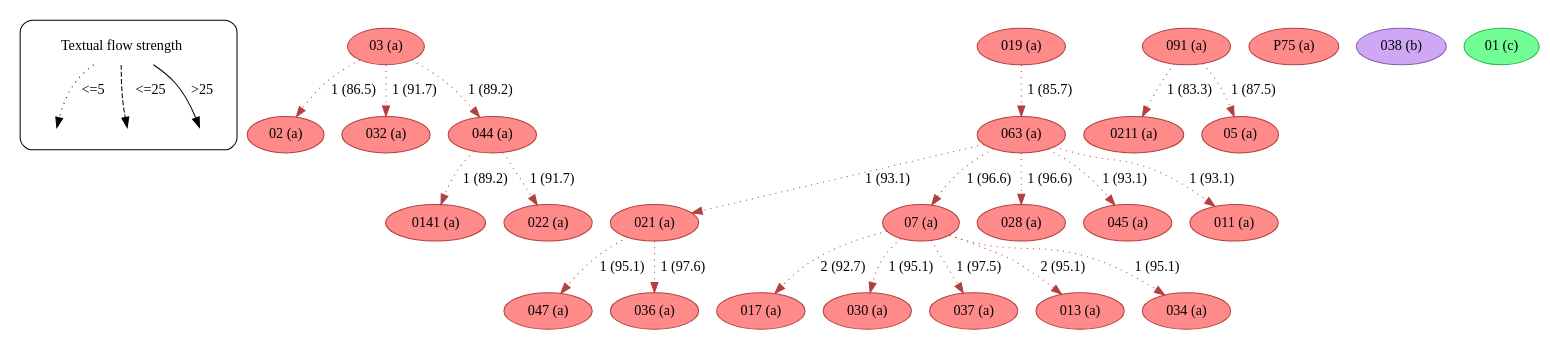
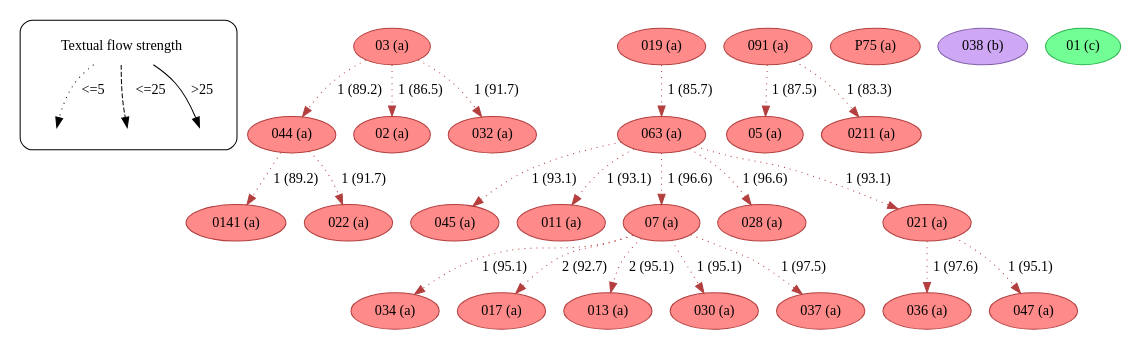
One commit to edmondac/CBGM changed the diagram in example/c2/textual_flow_22_88_c2.dot. Above: the diagram before and after it, drawn with Graphviz. The commit also changed other lines of this file and 168 other files, not shown here.

```diff
--- a/example/c2/textual_flow_22_88_c2.dot
+++ b/example/c2/textual_flow_22_88_c2.dot
@@ -1,190 +1,190 @@
 strict digraph  {
 	node [label="\N"];
 	subgraph cluster_legend {
 		graph [style=rounded];
 		leg_s		 [label="Textual flow strength",
 			shape=plaintext];
 		leg_e1		 [fixedsize=True,
 			height=0.2,
 			label="",
 			style=invis];
 		leg_s -> leg_e1		 [label="<=5  ",
 			style=dotted];
 		leg_e2		 [fixedsize=True,
 			height=0.2,
 			label="",
 			style=invis];
 		leg_s -> leg_e2		 [label="  <=25",
 			style=dashed];
 		leg_e3		 [fixedsize=True,
 			height=0.2,
 			label="",
 			style=invis];
 		leg_s -> leg_e3		 [label=">25",
 			style=solid];
 	}
 	03	 [color="#b43f3f",
 		fillcolor="#FF8A8A",
 		label="03 (a)",
 		style=filled];
+	044	 [color="#b43f3f",
+		fillcolor="#FF8A8A",
+		label="044 (a)",
+		style=filled];
+	03 -> 044	 [color="#b43f3f",
+		label="1 (89.2)",
+		style=dotted];
 	02	 [color="#b43f3f",
 		fillcolor="#FF8A8A",
 		label="02 (a)",
 		style=filled];
 	03 -> 02	 [color="#b43f3f",
 		label="1 (86.5)",
 		style=dotted];
 	032	 [color="#b43f3f",
 		fillcolor="#FF8A8A",
 		label="032 (a)",
 		style=filled];
 	03 -> 032	 [color="#b43f3f",
 		label="1 (91.7)",
 		style=dotted];
-	044	 [color="#b43f3f",
+	0141	 [color="#b43f3f",
 		fillcolor="#FF8A8A",
-		label="044 (a)",
+		label="0141 (a)",
 		style=filled];
-	03 -> 044	 [color="#b43f3f",
+	044 -> 0141	 [color="#b43f3f",
 		label="1 (89.2)",
 		style=dotted];
-	021	 [color="#b43f3f",
+	022	 [color="#b43f3f",
 		fillcolor="#FF8A8A",
-		label="021 (a)",
+		label="022 (a)",
 		style=filled];
-	047	 [color="#b43f3f",
-		fillcolor="#FF8A8A",
-		label="047 (a)",
-		style=filled];
-	021 -> 047	 [color="#b43f3f",
-		label="1 (95.1)",
-		style=dotted];
-	036	 [color="#b43f3f",
-		fillcolor="#FF8A8A",
-		label="036 (a)",
-		style=filled];
-	021 -> 036	 [color="#b43f3f",
-		label="1 (97.6)",
+	044 -> 022	 [color="#b43f3f",
+		label="1 (91.7)",
 		style=dotted];
 	063	 [color="#b43f3f",
 		fillcolor="#FF8A8A",
 		label="063 (a)",
 		style=filled];
-	063 -> 021	 [color="#b43f3f",
+	045	 [color="#b43f3f",
+		fillcolor="#FF8A8A",
+		label="045 (a)",
+		style=filled];
+	063 -> 045	 [color="#b43f3f",
+		label="1 (93.1)",
+		style=dotted];
+	011	 [color="#b43f3f",
+		fillcolor="#FF8A8A",
+		label="011 (a)",
+		style=filled];
+	063 -> 011	 [color="#b43f3f",
 		label="1 (93.1)",
 		style=dotted];
 	07	 [color="#b43f3f",
 		fillcolor="#FF8A8A",
 		label="07 (a)",
 		style=filled];
 	063 -> 07	 [color="#b43f3f",
 		label="1 (96.6)",
 		style=dotted];
 	028	 [color="#b43f3f",
 		fillcolor="#FF8A8A",
 		label="028 (a)",
 		style=filled];
 	063 -> 028	 [color="#b43f3f",
 		label="1 (96.6)",
 		style=dotted];
-	045	 [color="#b43f3f",
+	021	 [color="#b43f3f",
 		fillcolor="#FF8A8A",
-		label="045 (a)",
+		label="021 (a)",
 		style=filled];
-	063 -> 045	 [color="#b43f3f",
+	063 -> 021	 [color="#b43f3f",
 		label="1 (93.1)",
 		style=dotted];
-	011	 [color="#b43f3f",
+	034	 [color="#b43f3f",
 		fillcolor="#FF8A8A",
-		label="011 (a)",
+		label="034 (a)",
 		style=filled];
-	063 -> 011	 [color="#b43f3f",
-		label="1 (93.1)",
+	07 -> 034	 [color="#b43f3f",
+		label="1 (95.1)",
 		style=dotted];
 	017	 [color="#b43f3f",
 		fillcolor="#FF8A8A",
 		label="017 (a)",
 		style=filled];
 	07 -> 017	 [color="#b43f3f",
 		label="2 (92.7)",
+		style=dotted];
+	013	 [color="#b43f3f",
+		fillcolor="#FF8A8A",
+		label="013 (a)",
+		style=filled];
+	07 -> 013	 [color="#b43f3f",
+		label="2 (95.1)",
 		style=dotted];
 	030	 [color="#b43f3f",
 		fillcolor="#FF8A8A",
 		label="030 (a)",
 		style=filled];
 	07 -> 030	 [color="#b43f3f",
 		label="1 (95.1)",
 		style=dotted];
 	037	 [color="#b43f3f",
 		fillcolor="#FF8A8A",
 		label="037 (a)",
 		style=filled];
 	07 -> 037	 [color="#b43f3f",
 		label="1 (97.5)",
 		style=dotted];
-	013	 [color="#b43f3f",
+	036	 [color="#b43f3f",
 		fillcolor="#FF8A8A",
-		label="013 (a)",
+		label="036 (a)",
 		style=filled];
-	07 -> 013	 [color="#b43f3f",
-		label="2 (95.1)",
+	021 -> 036	 [color="#b43f3f",
+		label="1 (97.6)",
 		style=dotted];
-	034	 [color="#b43f3f",
+	047	 [color="#b43f3f",
 		fillcolor="#FF8A8A",
-		label="034 (a)",
+		label="047 (a)",
 		style=filled];
-	07 -> 034	 [color="#b43f3f",
+	021 -> 047	 [color="#b43f3f",
 		label="1 (95.1)",
-		style=dotted];
-	091	 [color="#b43f3f",
-		fillcolor="#FF8A8A",
-		label="091 (a)",
-		style=filled];
-	0211	 [color="#b43f3f",
-		fillcolor="#FF8A8A",
-		label="0211 (a)",
-		style=filled];
-	091 -> 0211	 [color="#b43f3f",
-		label="1 (83.3)",
-		style=dotted];
-	05	 [color="#b43f3f",
-		fillcolor="#FF8A8A",
-		label="05 (a)",
-		style=filled];
-	091 -> 05	 [color="#b43f3f",
-		label="1 (87.5)",
 		style=dotted];
 	019	 [color="#b43f3f",
 		fillcolor="#FF8A8A",
 		label="019 (a)",
 		style=filled];
 	019 -> 063	 [color="#b43f3f",
 		label="1 (85.7)",
 		style=dotted];
-	0141	 [color="#b43f3f",
+	091	 [color="#b43f3f",
 		fillcolor="#FF8A8A",
-		label="0141 (a)",
+		label="091 (a)",
 		style=filled];
-	044 -> 0141	 [color="#b43f3f",
-		label="1 (89.2)",
+	05	 [color="#b43f3f",
+		fillcolor="#FF8A8A",
+		label="05 (a)",
+		style=filled];
+	091 -> 05	 [color="#b43f3f",
+		label="1 (87.5)",
 		style=dotted];
-	022	 [color="#b43f3f",
+	0211	 [color="#b43f3f",
 		fillcolor="#FF8A8A",
-		label="022 (a)",
+		label="0211 (a)",
 		style=filled];
-	044 -> 022	 [color="#b43f3f",
-		label="1 (91.7)",
+	091 -> 0211	 [color="#b43f3f",
+		label="1 (83.3)",
 		style=dotted];
 	P75	 [color="#b43f3f",
 		fillcolor="#FF8A8A",
 		label="P75 (a)",
 		style=filled];
 	038	 [color="#835da9",
 		fillcolor="#CEA8F4",
 		label="038 (b)",
 		style=filled];
 	01	 [color="#27b34a",
 		fillcolor="#72FE95",
 		label="01 (c)",
 		style=filled];
 }
```
